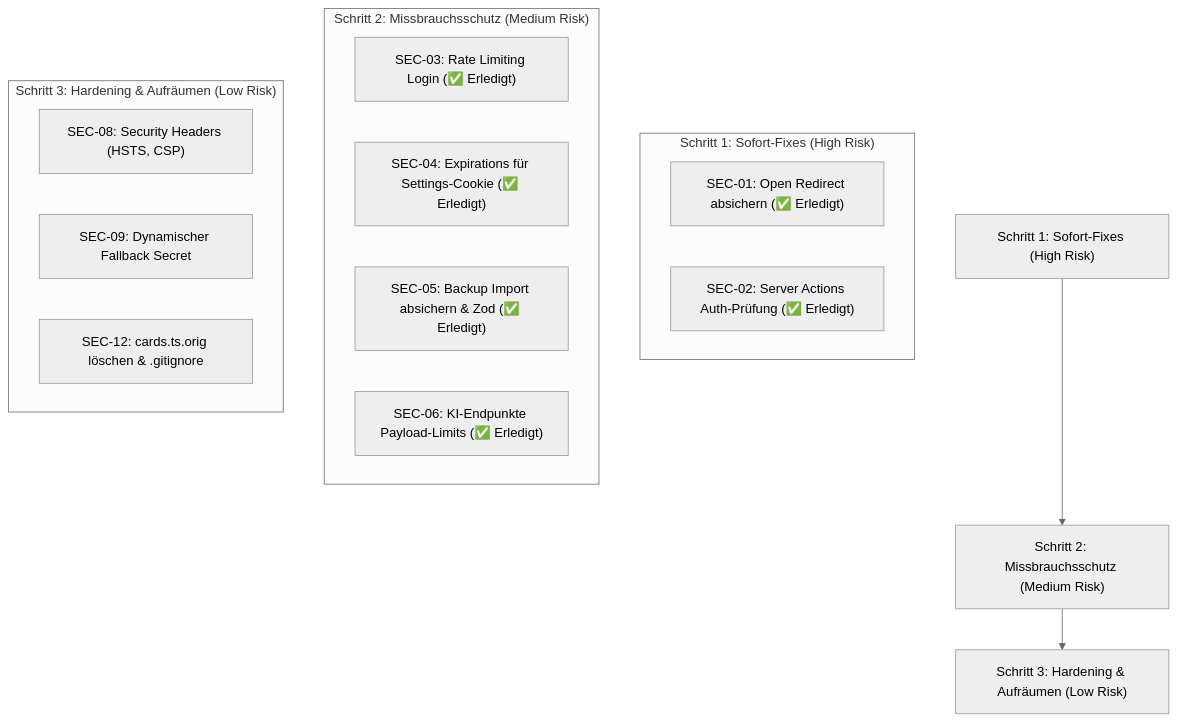
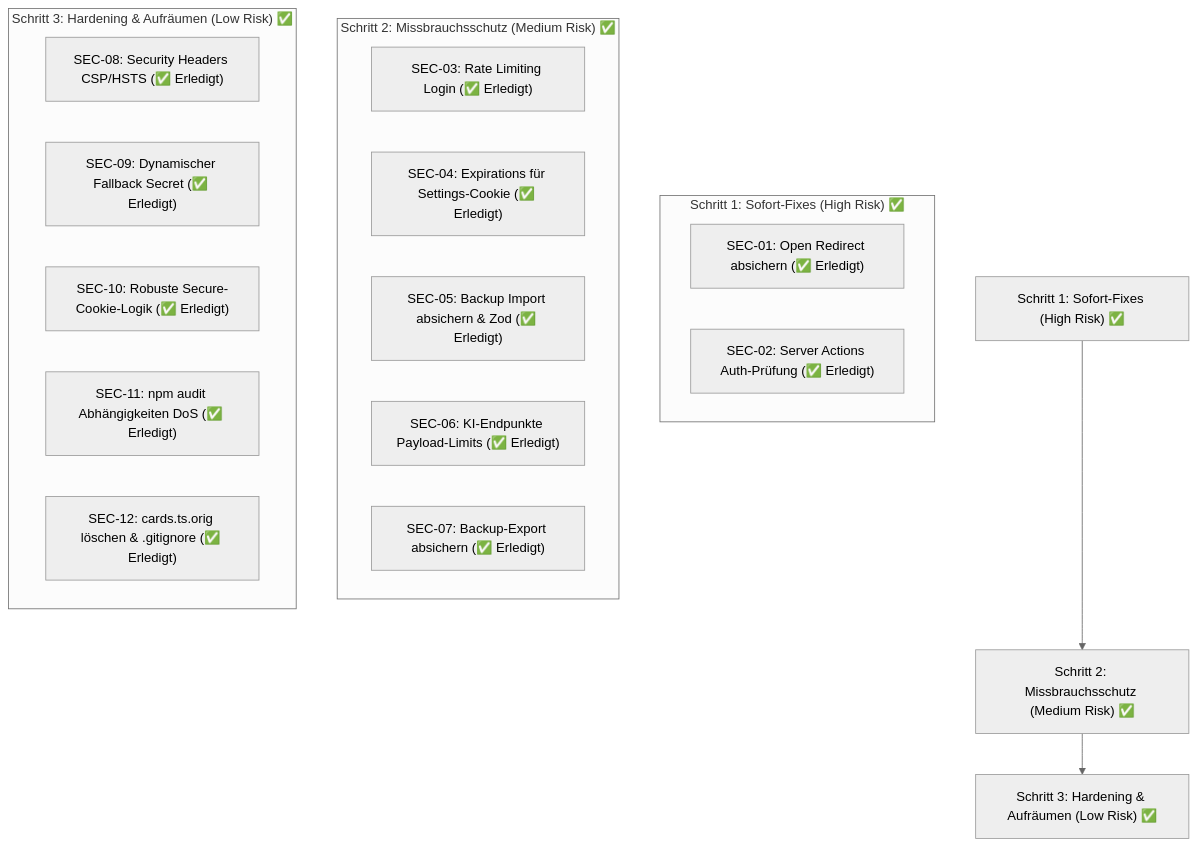
The diagram in security-audit.md (Le0nB2/vokabeltrainer), drawn with Mermaid (neutral theme) before and after one commit. The commit also changed other lines of this file and 2 other files, not shown here.

Commit message:
chore(sec-12): Entferne cards.ts.orig und ignoriere *.orig in .gitignore

````diff
--- a/security-audit.md
+++ b/security-audit.md
@@ -247,23 +247,26 @@
 ```mermaid
 flowchart TD
-    A["Schritt 1: Sofort-Fixes (High Risk)"] --> B["Schritt 2: Missbrauchsschutz (Medium Risk)"]
-    B --> C["Schritt 3: Hardening & Aufräumen (Low Risk)"]
+    A["Schritt 1: Sofort-Fixes (High Risk) ✅"] --> B["Schritt 2: Missbrauchsschutz (Medium Risk) ✅"]
+    B --> C["Schritt 3: Hardening & Aufräumen (Low Risk) ✅"]
 
-    subgraph "Schritt 1: Sofort-Fixes (High Risk)"
+    subgraph "Schritt 1: Sofort-Fixes (High Risk) ✅"
         S1["SEC-01: Open Redirect absichern (✅ Erledigt)"]
         S2["SEC-02: Server Actions Auth-Prüfung (✅ Erledigt)"]
     end
 
-    subgraph "Schritt 2: Missbrauchsschutz (Medium Risk)"
+    subgraph "Schritt 2: Missbrauchsschutz (Medium Risk) ✅"
         S3["SEC-03: Rate Limiting Login (✅ Erledigt)"]
         S4["SEC-04: Expirations für Settings-Cookie (✅ Erledigt)"]
         S5["SEC-05: Backup Import absichern & Zod (✅ Erledigt)"]
         S6["SEC-06: KI-Endpunkte Payload-Limits (✅ Erledigt)"]
+        S7["SEC-07: Backup-Export absichern (✅ Erledigt)"]
     end
 
-    subgraph "Schritt 3: Hardening & Aufräumen (Low Risk)"
-        S7["SEC-08: Security Headers (HSTS, CSP)"]
-        S8["SEC-09: Dynamischer Fallback Secret"]
-        S9["SEC-12: cards.ts.orig löschen & .gitignore"]
+    subgraph "Schritt 3: Hardening & Aufräumen (Low Risk) ✅"
+        S8["SEC-08: Security Headers CSP/HSTS (✅ Erledigt)"]
+        S9["SEC-09: Dynamischer Fallback Secret (✅ Erledigt)"]
+        S10["SEC-10: Robuste Secure-Cookie-Logik (✅ Erledigt)"]
+        S11["SEC-11: npm audit Abhängigkeiten DoS (✅ Erledigt)"]
+        S12["SEC-12: cards.ts.orig löschen & .gitignore (✅ Erledigt)"]
     end
 ```
````
